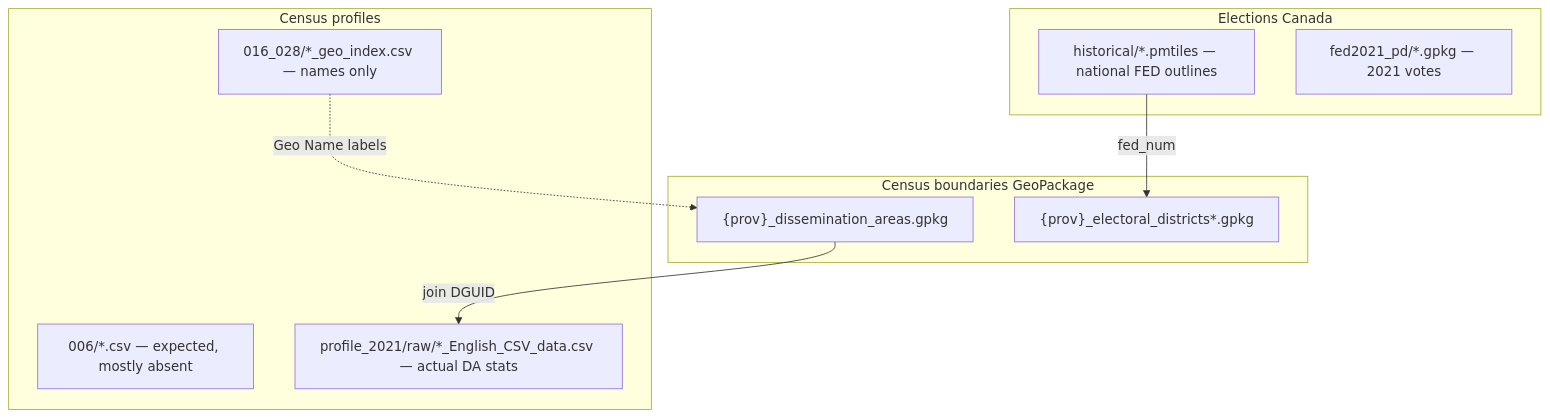
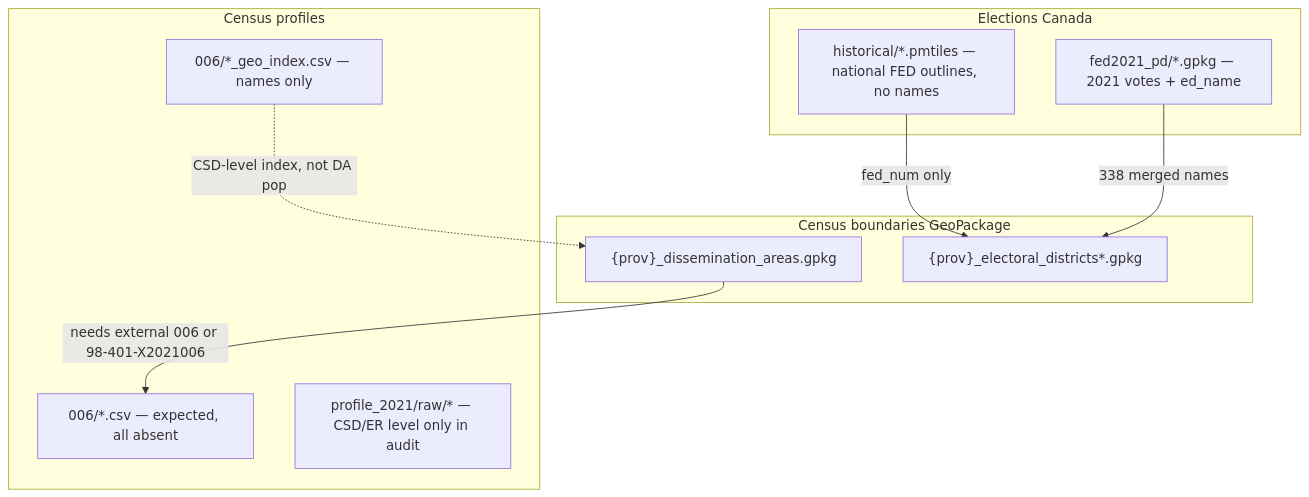
Before and after one commit to 6Beaming/Canadian-Redistribution-Map-Platform: the diagram in docs/Actual_redist-mini-guide.md, drawn with Mermaid. The commit also changed other lines of this file and 39 other files, not shown here.

````diff
--- a/docs/Actual_redist-mini-guide.md
+++ b/docs/Actual_redist-mini-guide.md
@@ -249,19 +250,20 @@
 ```mermaid
 flowchart TB
   subgraph boundaries [Census boundaries GeoPackage]
     DA["{prov}_dissemination_areas.gpkg"]
     FED["{prov}_electoral_districts*.gpkg"]
   end
   subgraph profiles [Census profiles]
-    CANON["006/*.csv — expected, mostly absent"]
-    RAW["profile_2021/raw/*_English_CSV_data.csv — actual DA stats"]
-    GEOIDX["016_028/*_geo_index.csv — names only"]
+    CANON["006/*.csv — expected, all absent"]
+    GEOIDX["006/*_geo_index.csv — names only"]
+    RAW["profile_2021/raw/* — CSD/ER level only in audit"]
   end
   subgraph ec [Elections Canada]
-    PMT["historical/*.pmtiles — national FED outlines"]
-    PD["fed2021_pd/*.gpkg — 2021 votes"]
+    PMT["historical/*.pmtiles — national FED outlines, no names"]
+    PD["fed2021_pd/*.gpkg — 2021 votes + ed_name"]
   end
-  DA -->|"join DGUID"| RAW
-  GEOIDX -.->|"Geo Name labels"| DA
-  PMT -->|"fed_num"| FED
+  DA -->|"needs external 006 or 98-401-X2021006"| CANON
+  GEOIDX -.->|"CSD-level index, not DA pop"| DA
+  PMT -->|"fed_num only"| FED
+  PD -->|"338 merged names"| FED
 ```
````
